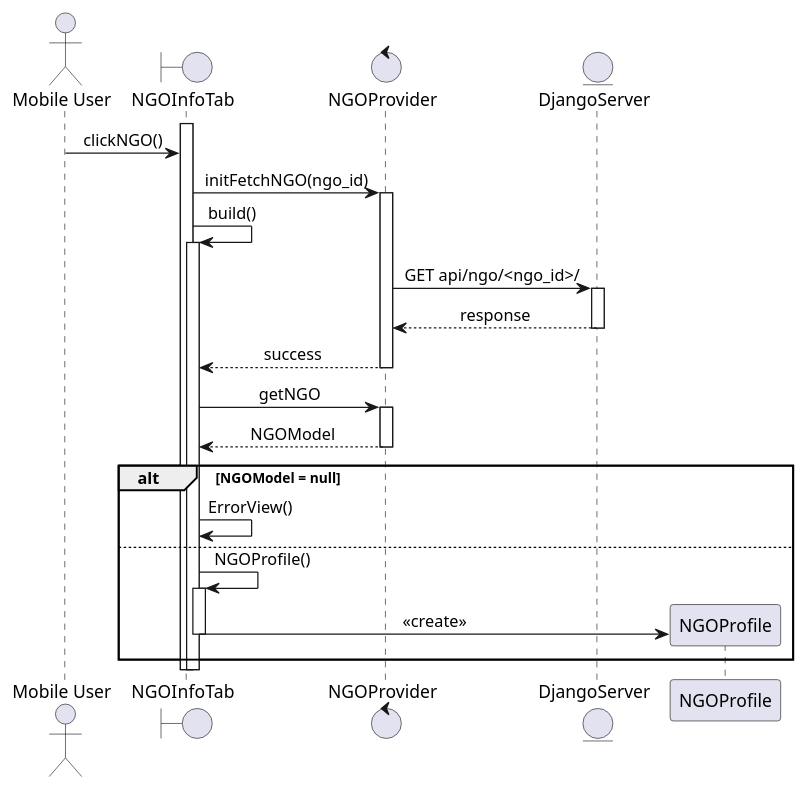
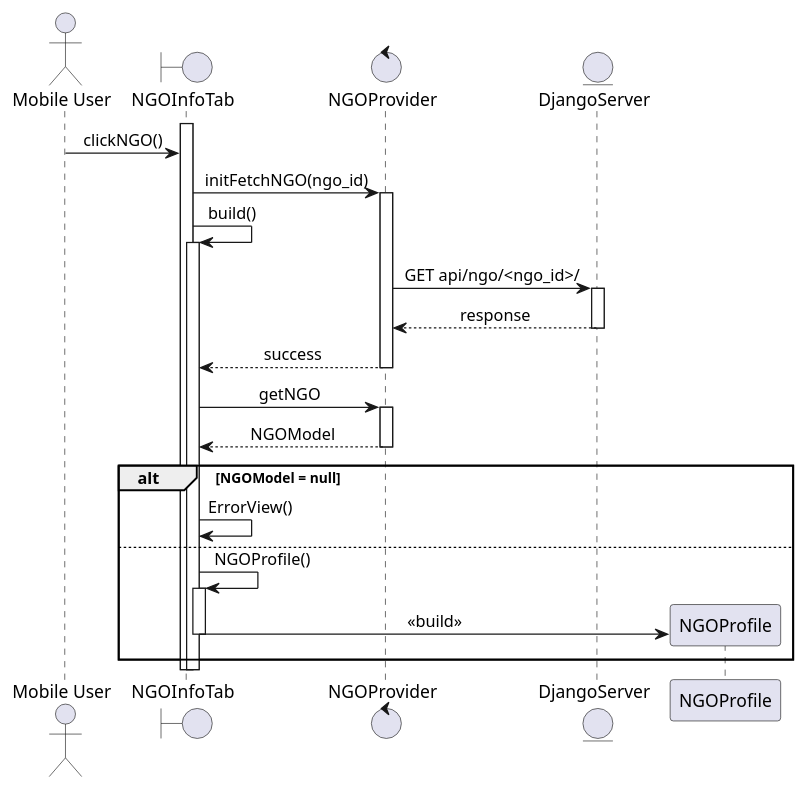
One commit to bislerium/sequence_plantuml changed the diagram in uc13_viewprofile.wsd. Above: the diagram before and after it, drawn with PlantUML. The commit also changed 6 other files, not shown here.

Commit message:
some uml added

```diff
--- a/uc13_viewprofile.wsd
+++ b/uc13_viewprofile.wsd
@@ -1,31 +1,31 @@
 @startuml uc1-sequence
 skinparam sequenceMessageAlign center
 actor       "Mobile User"       as actor
 boundary    NGOInfoTab    as ui
 control     NGOProvider  as provider
 entity      DjangoServer      as server
 
 activate  ui
 actor -> ui: clickNGO()
 ui -> provider: initFetchNGO(ngo_id)
 activate provider
 ui -> ui: build()
 activate ui
 provider -> server: GET api/ngo/<ngo_id>/
 activate server
 return response
 provider --> ui: success
 deactivate provider
 ui -> provider: getNGO
 activate provider
 return NGOModel
 alt NGOModel = null
     ui -> ui: ErrorView()
 else
     ui -> ui: NGOProfile()
     activate ui
     create NGOProfile
-    ui-> NGOProfile: <<create>>
+    ui-> NGOProfile: <<build>>
     deactivate ui
 end
 @enduml
```
